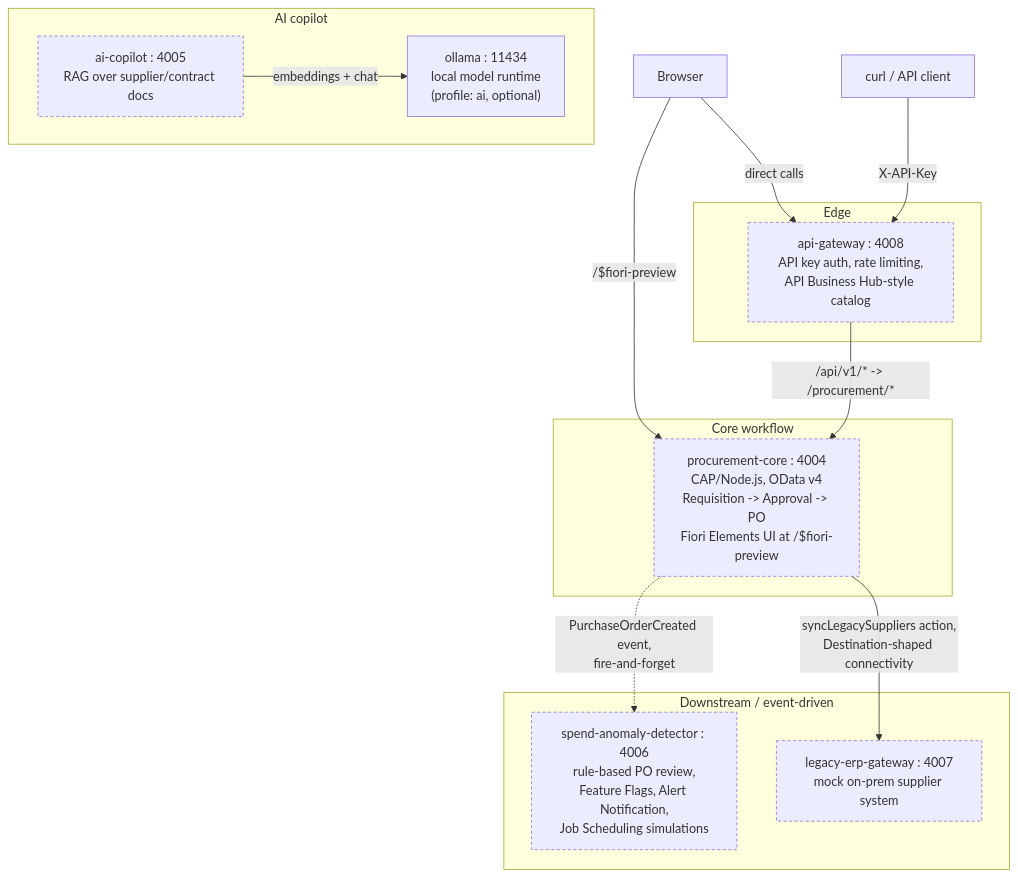
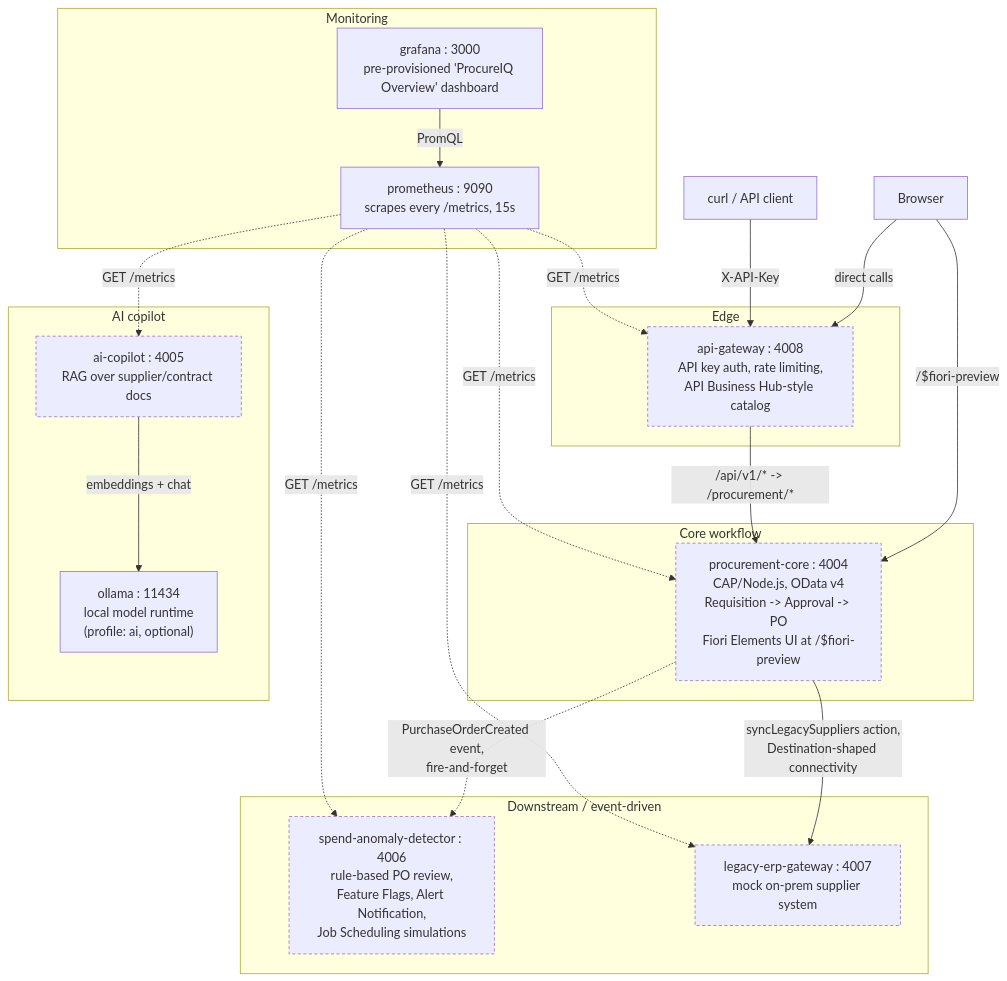
One commit to vishalrath0d/sap-btp-platform-engineering changed the first of 3 diagrams in README.md. Above: the diagram before and after it, drawn with Mermaid. The commit also changed other lines of this file and 29 other files, not shown here.

First line of the commit message:
feat(observability): real Prometheus+Grafana across all 5 services, verified live

````diff
--- a/README.md
+++ b/README.md
@@ -24,36 +24,48 @@
 ```mermaid
 flowchart TB
     Browser["Browser"]
     Curl["curl / API client"]
 
     subgraph Gateway["Edge"]
         ApiGw["api-gateway : 4008\nAPI key auth, rate limiting,\nAPI Business Hub-style catalog"]
     end
 
     subgraph Core["Core workflow"]
         Core4["procurement-core : 4004\nCAP/Node.js, OData v4\nRequisition -> Approval -> PO\nFiori Elements UI at /$fiori-preview"]
     end
 
     subgraph Downstream["Downstream / event-driven"]
         Anomaly["spend-anomaly-detector : 4006\nrule-based PO review,\nFeature Flags, Alert Notification,\nJob Scheduling simulations"]
         Legacy["legacy-erp-gateway : 4007\nmock on-prem supplier system"]
     end
 
     subgraph AI["AI copilot"]
         Copilot["ai-copilot : 4005\nRAG over supplier/contract docs"]
         Ollama["ollama : 11434\nlocal model runtime\n(profile: ai, optional)"]
     end
 
+    subgraph Monitoring["Monitoring"]
+        Prom["prometheus : 9090\nscrapes every /metrics, 15s"]
+        Grafana["grafana : 3000\npre-provisioned 'ProcureIQ Overview' dashboard"]
+    end
+
     Browser -->|"/$fiori-preview"| Core4
     Browser -->|"direct calls"| ApiGw
     Curl -->|"X-API-Key"| ApiGw
     ApiGw -->|"/api/v1/* -> /procurement/*"| Core4
 
     Core4 -->|"syncLegacySuppliers action,\nDestination-shaped connectivity"| Legacy
     Core4 -.->|"PurchaseOrderCreated event,\nfire-and-forget"| Anomaly
 
     Copilot -->|"embeddings + chat"| Ollama
 
+    Prom -.->|"GET /metrics"| Core4
+    Prom -.->|"GET /metrics"| ApiGw
+    Prom -.->|"GET /metrics"| Anomaly
+    Prom -.->|"GET /metrics"| Legacy
+    Prom -.->|"GET /metrics"| Copilot
+    Grafana -->|"PromQL"| Prom
+
     classDef btp stroke-dasharray: 4 3
     class Core4,ApiGw,Anomaly,Legacy,Copilot btp
 ```
````
